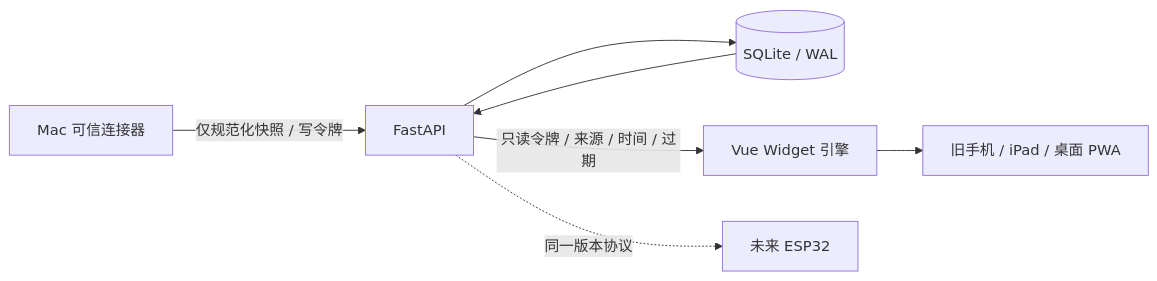
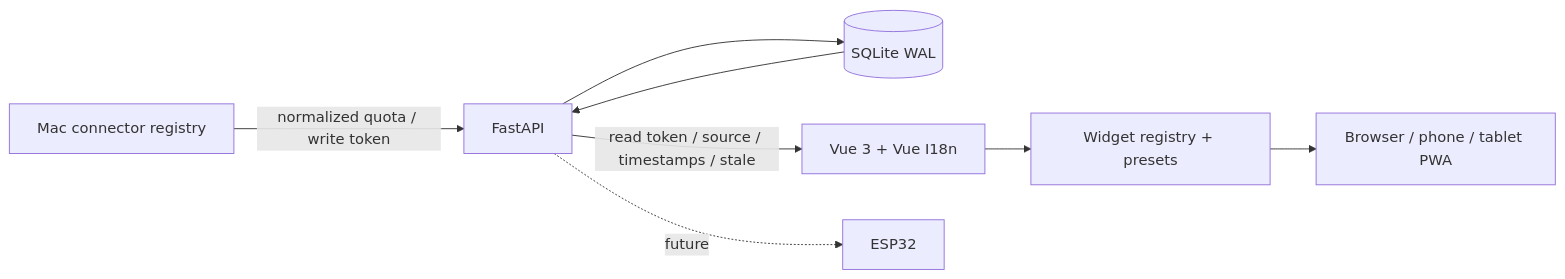
The diagram in docs/ARCHITECTURE.md (kongjiestak/pixora), drawn with Mermaid before and after one commit. The commit also changed other lines of this file and 61 other files, not shown here.

````diff
--- a/docs/ARCHITECTURE.md
+++ b/docs/ARCHITECTURE.md
@@ -5,9 +7,10 @@
 ```mermaid
 flowchart LR
-  C[Mac 可信连接器] -->|仅规范化快照 / 写令牌| S[FastAPI]
-  S --> D[(SQLite / WAL)]
-  D --> S
-  S -->|只读令牌 / 来源 / 时间 / 过期| W[Vue Widget 引擎]
-  W --> P[旧手机 / iPad / 桌面 PWA]
-  S -. 同一版本协议 .-> E[未来 ESP32]
+  CLI[Mac connector registry] -->|normalized quota / write token| API[FastAPI]
+  API --> DB[(SQLite WAL)]
+  DB --> API
+  API -->|read token / source / timestamps / stale| UI[Vue 3 + Vue I18n]
+  UI --> W[Widget registry + presets]
+  W --> P[Browser / phone / tablet PWA]
+  API -. future .-> ESP[ESP32]
 ```
````
